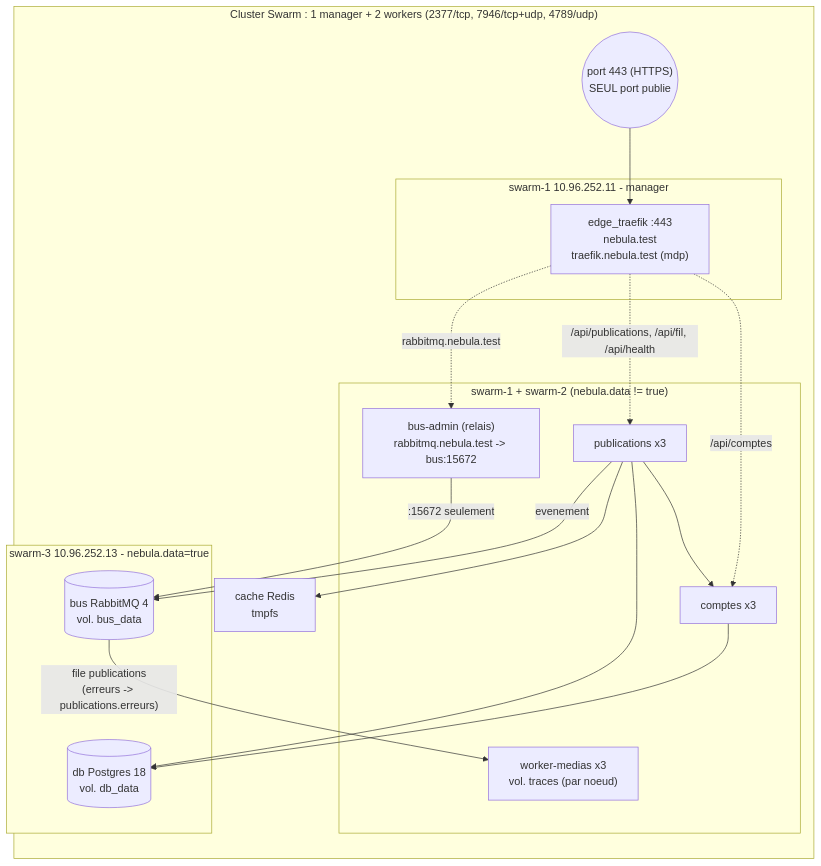
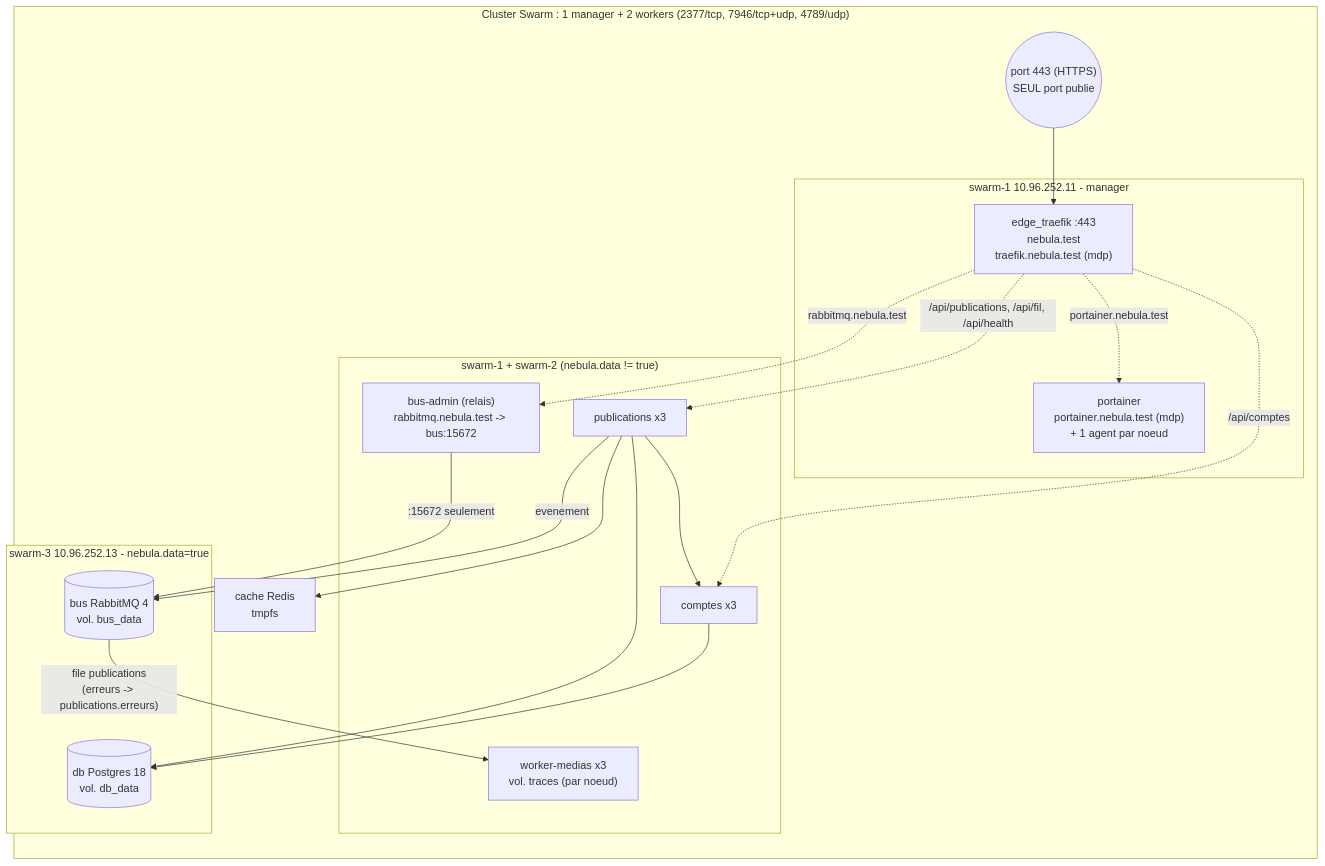
The diagram in docs/schema-reseau.md (P0CEE/nebula), drawn with Mermaid before and after one commit. The commit also changed other lines of this file and 10 other files, not shown here.

````diff
--- a/docs/schema-reseau.md
+++ b/docs/schema-reseau.md
@@ -7,35 +7,37 @@
 ```mermaid
 flowchart TB
   subgraph swarm["Cluster Swarm : 1 manager + 2 workers (2377/tcp, 7946/tcp+udp, 4789/udp)"]
     direction TB
     ingress(("port 443 (HTTPS)<br/>SEUL port publie"))
 
     subgraph s1["swarm-1 10.96.252.11 - manager"]
       traefik["edge_traefik :443<br/>nebula.test<br/>traefik.nebula.test (mdp)"]
+      portainer["portainer<br/>portainer.nebula.test (mdp)<br/>+ 1 agent par noeud"]
     end
     subgraph s12["swarm-1 + swarm-2 (nebula.data != true)"]
       comptes["comptes x3"]
       publications["publications x3"]
       worker["worker-medias x3<br/>vol. traces (par noeud)"]
       busadmin["bus-admin (relais)<br/>rabbitmq.nebula.test -> bus:15672"]
     end
     subgraph s3["swarm-3 10.96.252.13 - nebula.data=true"]
       db[("db Postgres 18<br/>vol. db_data")]
       bus[("bus RabbitMQ 4<br/>vol. bus_data")]
     end
     cache["cache Redis<br/>tmpfs"]
   end
 
   ingress --> traefik
   traefik -. "/api/comptes" .-> comptes
   traefik -. "/api/publications, /api/fil, /api/health" .-> publications
   traefik -. "rabbitmq.nebula.test" .-> busadmin
+  traefik -. "portainer.nebula.test" .-> portainer
 
   comptes --> db
   publications --> comptes
   publications --> db
   publications --> cache
   publications -- "evenement" --> bus
   bus -- "file publications<br/>(erreurs -> publications.erreurs)" --> worker
   busadmin -- ":15672 seulement" --> bus
 ```
````
